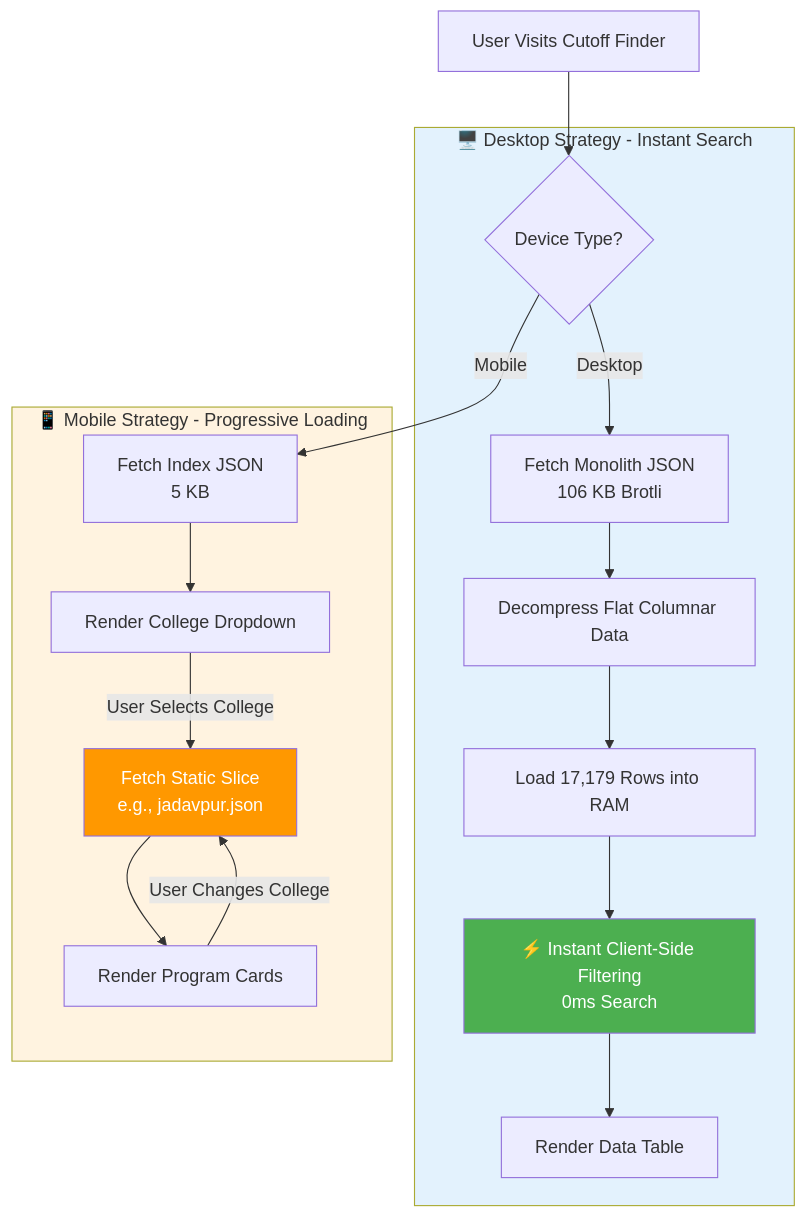
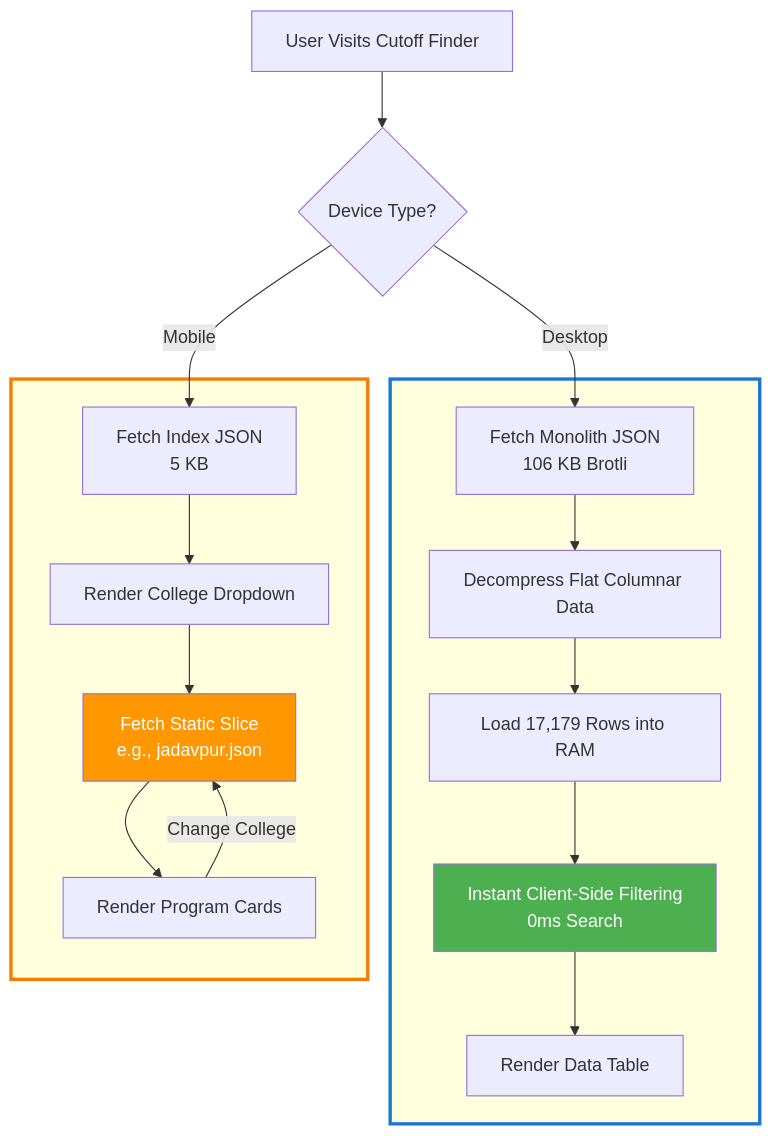
The second of 3 diagrams in README.md (rizzz6/wbjee-college-predictor), drawn with Mermaid before and after one commit.

Commit message:
docu updated

````diff
--- a/README.md
+++ b/README.md
@@ -431,25 +431,28 @@
 ```mermaid
 graph TD
     User[User Visits Cutoff Finder] --> Check{Device Type?}
     
-    subgraph Desktop["🖥️ Desktop Strategy - Instant Search"]
-        Check -->|Desktop| D_Fetch[Fetch Monolith JSON<br/>106 KB Brotli]
+    Check -->|Desktop| D_Fetch
+    Check -->|Mobile| M_Fetch
+    
+    subgraph Desktop[" "]
+        D_Fetch[Fetch Monolith JSON<br/>106 KB Brotli]
         D_Fetch --> D_Decompress[Decompress Flat Columnar Data]
         D_Decompress --> RAM[Load 17,179 Rows into RAM]
-        RAM --> D_Filter[⚡ Instant Client-Side Filtering<br/>0ms Search]
+        RAM --> D_Filter[Instant Client-Side Filtering<br/>0ms Search]
         D_Filter --> D_UI[Render Data Table]
     end
 
-    subgraph Mobile["📱 Mobile Strategy - Progressive Loading"]
-        Check -->|Mobile| M_Fetch[Fetch Index JSON<br/>5 KB]
+    subgraph Mobile[" "]
+        M_Fetch[Fetch Index JSON<br/>5 KB]
         M_Fetch --> M_UI[Render College Dropdown]
-        M_UI -->|User Selects College| M_Slice[Fetch Static Slice<br/>e.g., jadavpur.json]
+        M_UI --> M_Slice[Fetch Static Slice<br/>e.g., jadavpur.json]
         M_Slice --> M_Render[Render Program Cards]
-        M_Render -->|User Changes College| M_Slice
+        M_Render -->|Change College| M_Slice
     end
     
-    style Desktop fill:#e3f2fd
-    style Mobile fill:#fff3e0
+    style Desktop stroke:#1976d2,stroke-width:3px
+    style Mobile stroke:#f57c00,stroke-width:3px
     style D_Filter fill:#4caf50,color:#fff
     style M_Slice fill:#ff9800,color:#fff
 ```
````
